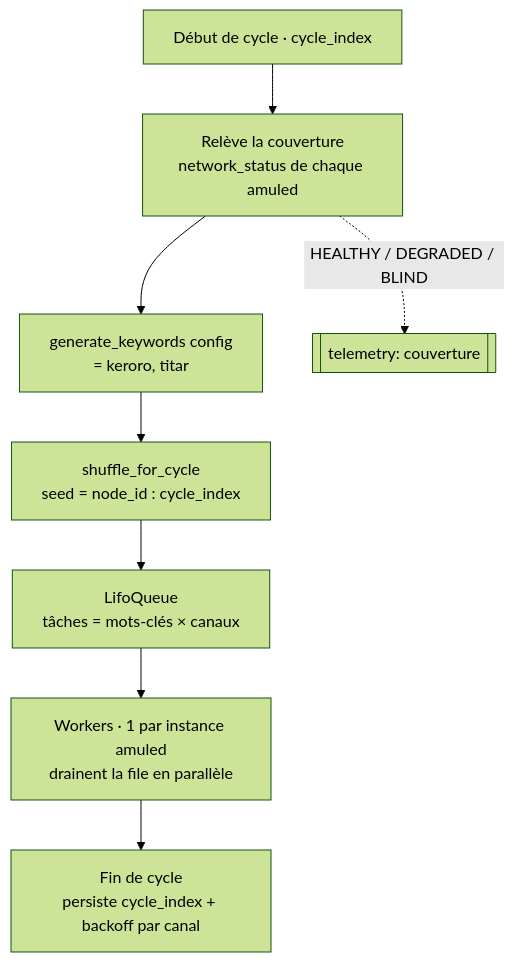
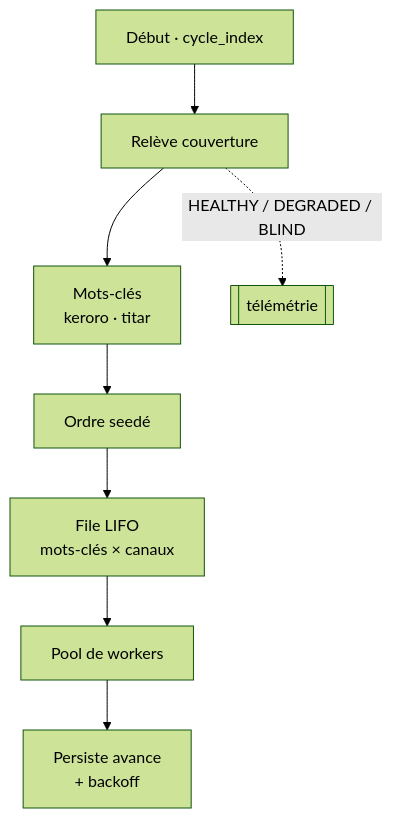
The fifth of 10 diagrams in docs/architecture.md (GeoffreyCoulaud/mulewatch), drawn with Mermaid (forest theme) before and after one commit. The commit also changed other lines of this file, not shown here.

First line of the commit message:
docs(architecture): diagrammes — trafic via gluetun, notifs via URL apprise, labels courts

````diff
--- a/docs/architecture.md
+++ b/docs/architecture.md
@@ -118,13 +127,13 @@
 ```mermaid
 flowchart TD
-  start["Début de cycle · cycle_index"]
-  cov["Relève la couverture<br/>network_status de chaque amuled"]
-  kw["generate_keywords config<br/>= keroro, titar"]
-  shuf["shuffle_for_cycle<br/>seed = node_id : cycle_index"]
-  q["LifoQueue<br/>tâches = mots-clés × canaux"]
-  pool["Workers · 1 par instance amuled<br/>drainent la file en parallèle"]
-  persist["Fin de cycle<br/>persiste cycle_index + backoff par canal"]
+  start["Début · cycle_index"]
+  cov["Relève couverture"]
+  kw["Mots-clés<br/>keroro · titar"]
+  shuf["Ordre seedé"]
+  q["File LIFO<br/>mots-clés × canaux"]
+  pool["Pool de workers"]
+  persist["Persiste avance<br/>+ backoff"]
 
   start --> cov --> kw --> shuf --> q --> pool --> persist
-  cov -. "HEALTHY / DEGRADED / BLIND" .-> tel[["telemetry: couverture"]]
+  cov -. "HEALTHY / DEGRADED / BLIND" .-> tel[["télémétrie"]]
 ```
````
